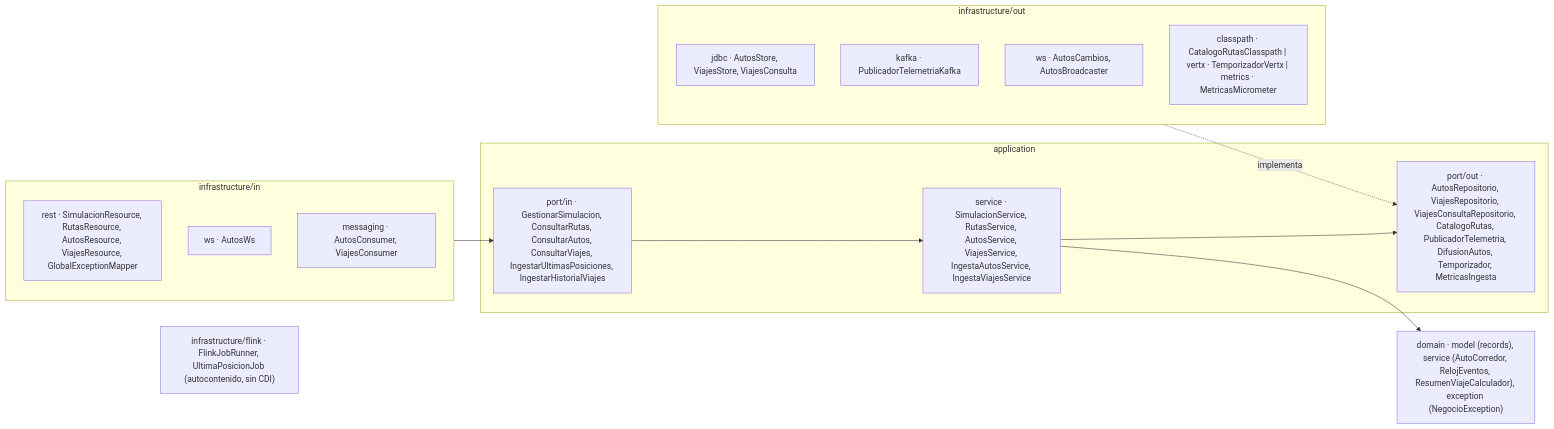
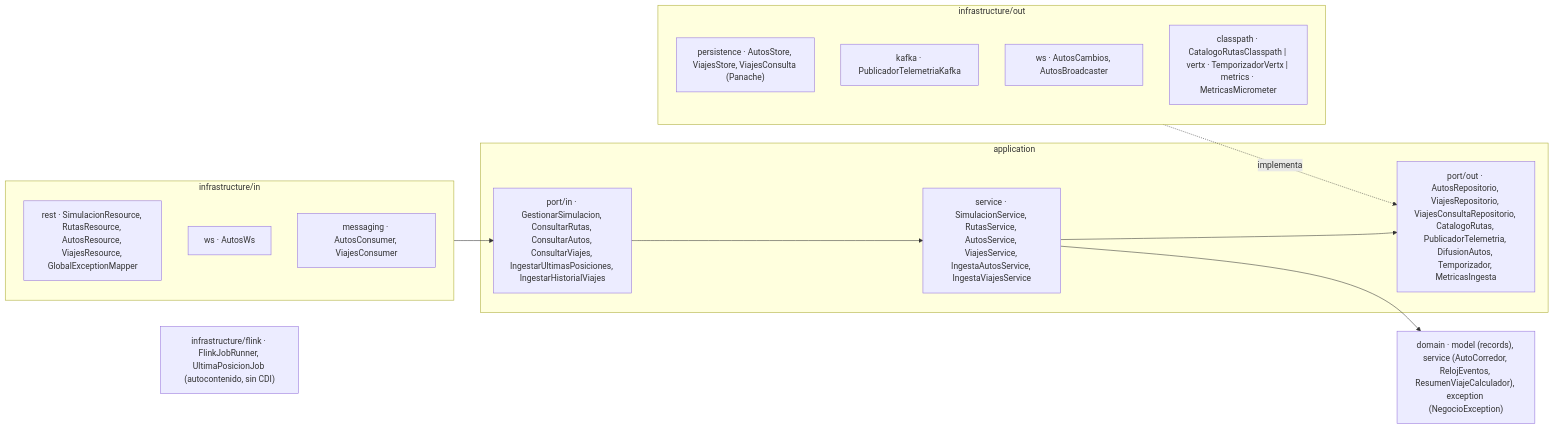
The second of 7 diagrams in docs/c4/component.md (devbryan02/telemetry-flink-quarkus), drawn with Mermaid before and after one commit. The commit also changed other lines of this file and 5 other files, not shown here.

````diff
--- a/docs/c4/component.md
+++ b/docs/c4/component.md
@@ -85,24 +85,24 @@
 ```mermaid
 flowchart LR
   subgraph IN["infrastructure/in"]
     rest["rest · SimulacionResource, RutasResource, AutosResource, ViajesResource, GlobalExceptionMapper"]
     ws["ws · AutosWs"]
     msg["messaging · AutosConsumer, ViajesConsumer"]
   end
   subgraph APP["application"]
     pin["port/in · GestionarSimulacion, ConsultarRutas, ConsultarAutos, ConsultarViajes, IngestarUltimasPosiciones, IngestarHistorialViajes"]
     svc["service · SimulacionService, RutasService, AutosService, ViajesService, IngestaAutosService, IngestaViajesService"]
     pout["port/out · AutosRepositorio, ViajesRepositorio, ViajesConsultaRepositorio, CatalogoRutas, PublicadorTelemetria, DifusionAutos, Temporizador, MetricasIngesta"]
   end
   DOM["domain · model (records), service (AutoCorredor, RelojEventos, ResumenViajeCalculador), exception (NegocioException)"]
   subgraph OUT["infrastructure/out"]
-    jdbc["jdbc · AutosStore, ViajesStore, ViajesConsulta"]
+    jdbc["persistence · AutosStore, ViajesStore, ViajesConsulta (Panache)"]
     kafka["kafka · PublicadorTelemetriaKafka"]
     wsout["ws · AutosCambios, AutosBroadcaster"]
     otros["classpath · CatalogoRutasClasspath | vertx · TemporizadorVertx | metrics · MetricasMicrometer"]
   end
   FL["infrastructure/flink · FlinkJobRunner, UltimaPosicionJob (autocontenido, sin CDI)"]
   IN --> pin --> svc --> pout
   svc --> DOM
   OUT -. implementa .-> pout
 ```
````
